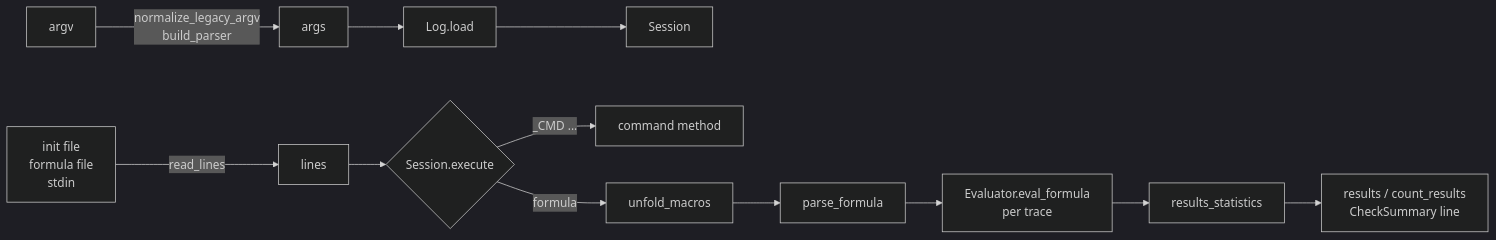
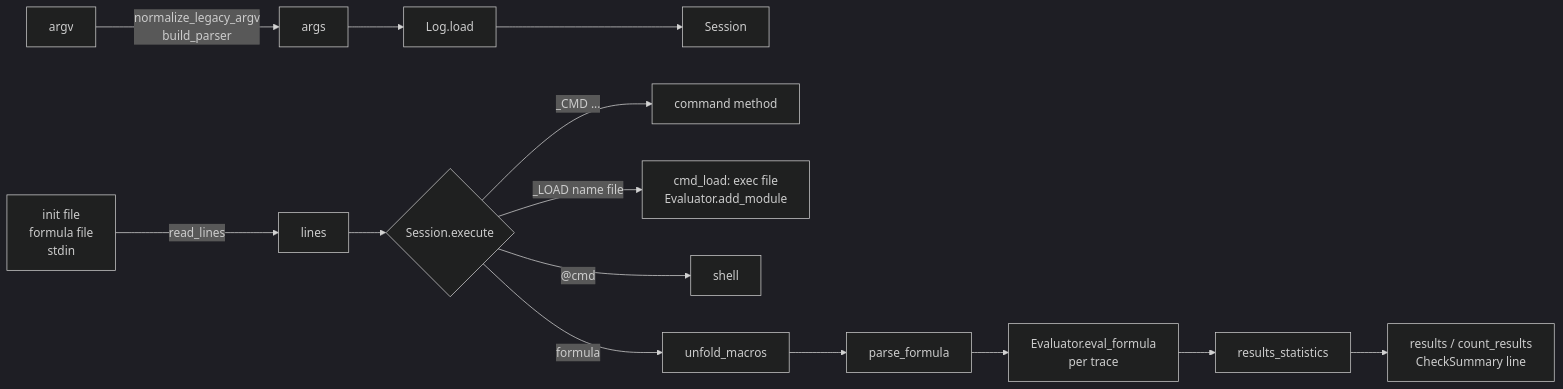
Before and after one commit to jfabra/SemanticDLTL: the second of 2 diagrams in docs/architecture.md, drawn with Mermaid (dark theme). The commit also changed other lines of this file, not shown here.

Commit message:
architecture: user modules in the dependency graph and _LOAD in the pipeline

````diff
--- a/docs/architecture.md
+++ b/docs/architecture.md
@@ -238,14 +251,16 @@
 ```mermaid
 flowchart LR
     A[argv] -->|normalize_legacy_argv<br>build_parser| B[args]
     B --> C[Log.load]
     C --> D[Session]
     I[init file<br>formula file<br>stdin] -->|read_lines| E[lines]
     E --> F{Session.execute}
     F -->|"_CMD ..."| G[command method]
+    F -->|"_LOAD name file"| L[cmd_load: exec file<br>Evaluator.add_module]
+    F -->|"@cmd"| Y[shell]
     F -->|formula| H[unfold_macros]
     H --> P[parse_formula]
     P --> V[Evaluator.eval_formula<br>per trace]
     V --> S[results_statistics]
     S --> R[results / count_results<br>CheckSummary line]
 ```
````
